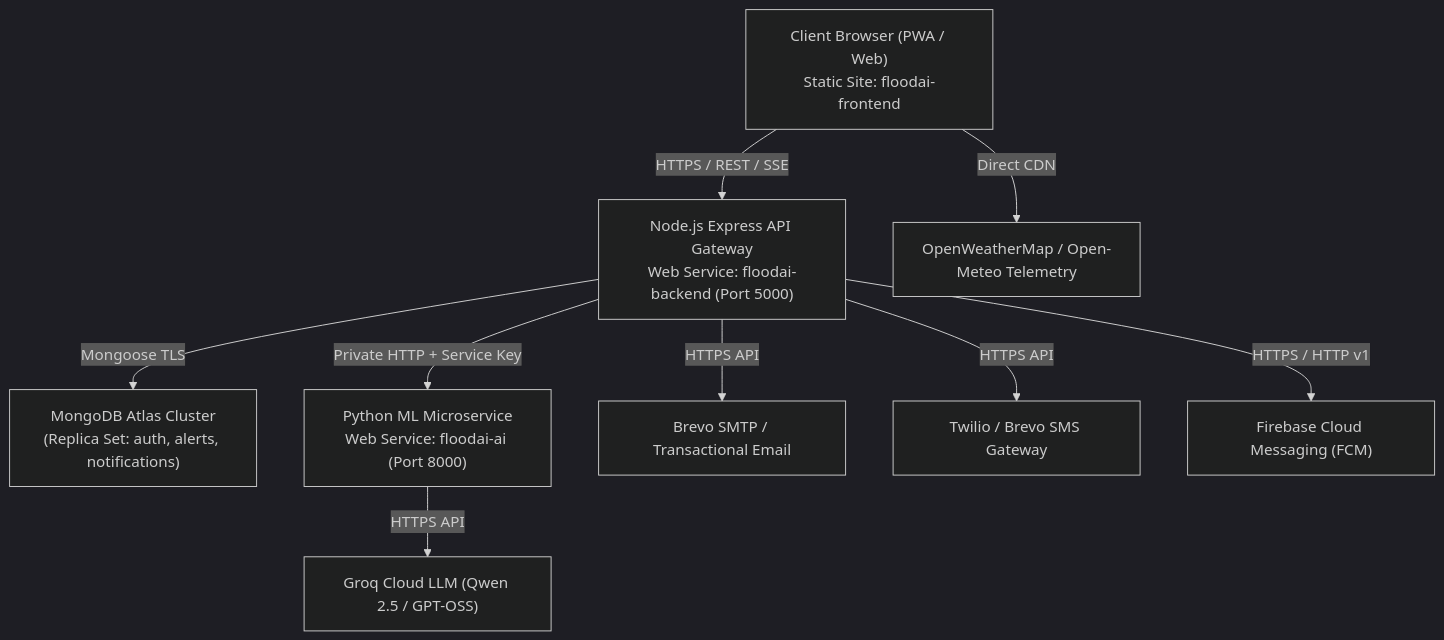
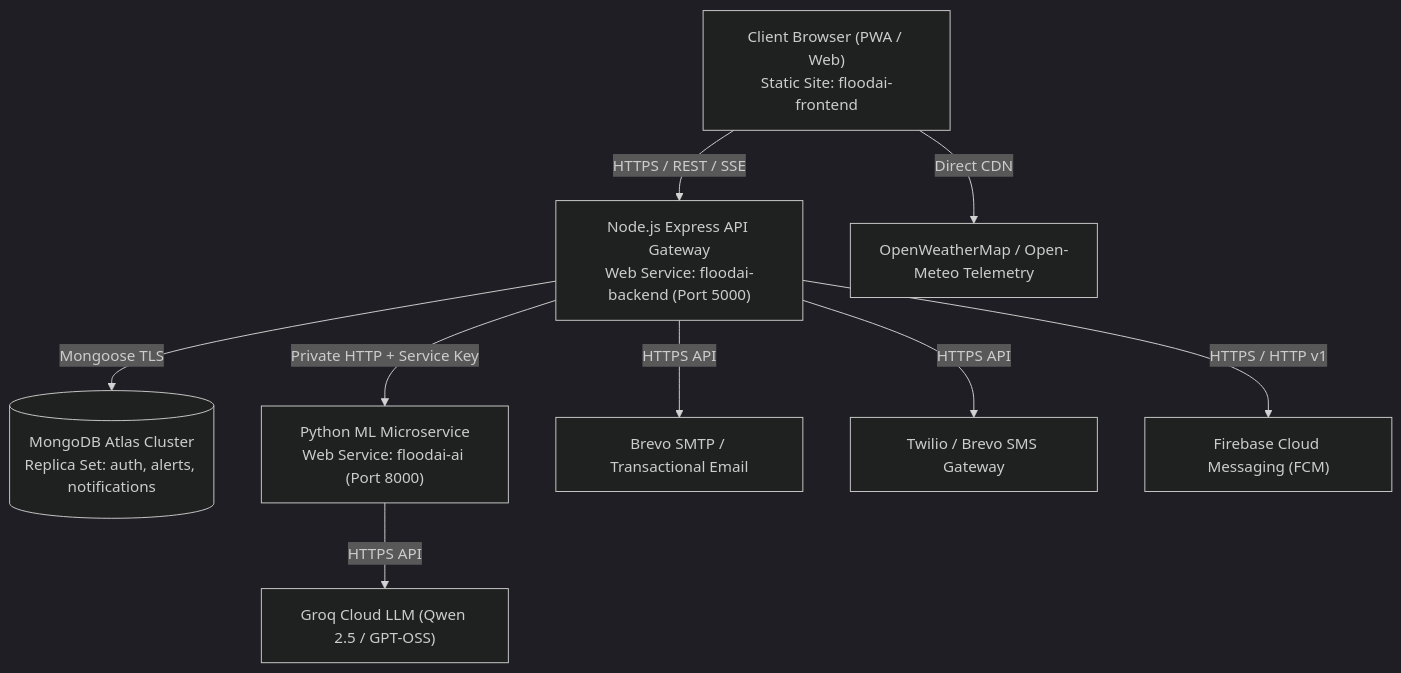
One commit to TheOrionGD/FLOOD-AI-PRABU changed the diagram in docs/deployment/render-deployment.md. Above: the diagram before and after it, drawn with Mermaid (dark theme). The commit also changed 2 other files, not shown here.

Commit message:
fix(docs): resolve Mermaid syntax errors in README and architecture diagrams for GitHub rich display rendering

````diff
--- a/docs/deployment/render-deployment.md
+++ b/docs/deployment/render-deployment.md
@@ -7,11 +7,11 @@
 ```mermaid
 graph TD
-    Client["Client Browser (PWA / Web)<br>Static Site: floodai-frontend"] -->|HTTPS / REST / SSE| NodeBackend["Node.js Express API Gateway<br>Web Service: floodai-backend (Port 5000)"]
-    NodeBackend -->|Mongoose TLS| Atlas["MongoDB Atlas Cluster<br>(Replica Set: auth, alerts, notifications)"]
-    NodeBackend -->|Private HTTP + Service Key| MLService["Python ML Microservice<br>Web Service: floodai-ai (Port 8000)"]
+    Client["Client Browser (PWA / Web)<br/>Static Site: floodai-frontend"] -->|HTTPS / REST / SSE| NodeBackend["Node.js Express API Gateway<br/>Web Service: floodai-backend (Port 5000)"]
+    NodeBackend -->|Mongoose TLS| Atlas[("MongoDB Atlas Cluster<br/>Replica Set: auth, alerts, notifications")]
+    NodeBackend -->|Private HTTP + Service Key| MLService["Python ML Microservice<br/>Web Service: floodai-ai (Port 8000)"]
     NodeBackend -->|HTTPS API| Brevo["Brevo SMTP / Transactional Email"]
     NodeBackend -->|HTTPS API| Twilio["Twilio / Brevo SMS Gateway"]
     NodeBackend -->|HTTPS / HTTP v1| FCM["Firebase Cloud Messaging (FCM)"]
     MLService -->|HTTPS API| Groq["Groq Cloud LLM (Qwen 2.5 / GPT-OSS)"]
     Client -->|Direct CDN| OpenWeather["OpenWeatherMap / Open-Meteo Telemetry"]
 ```
````
